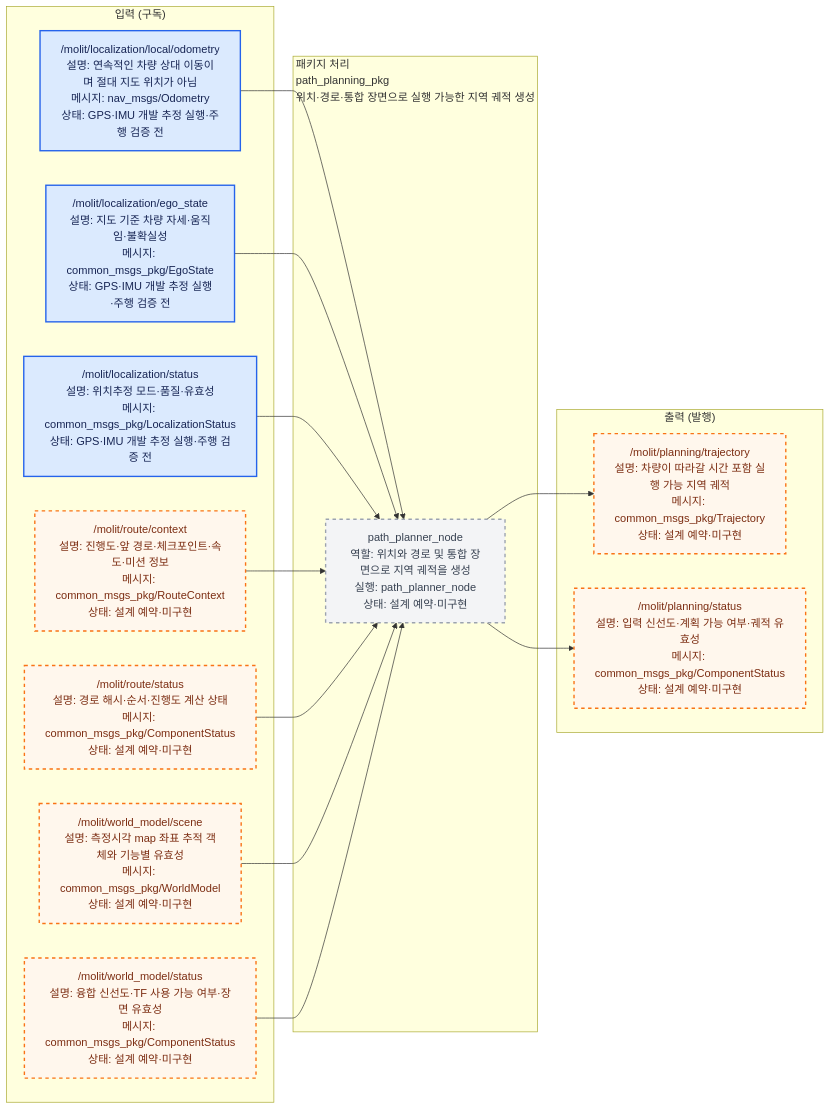
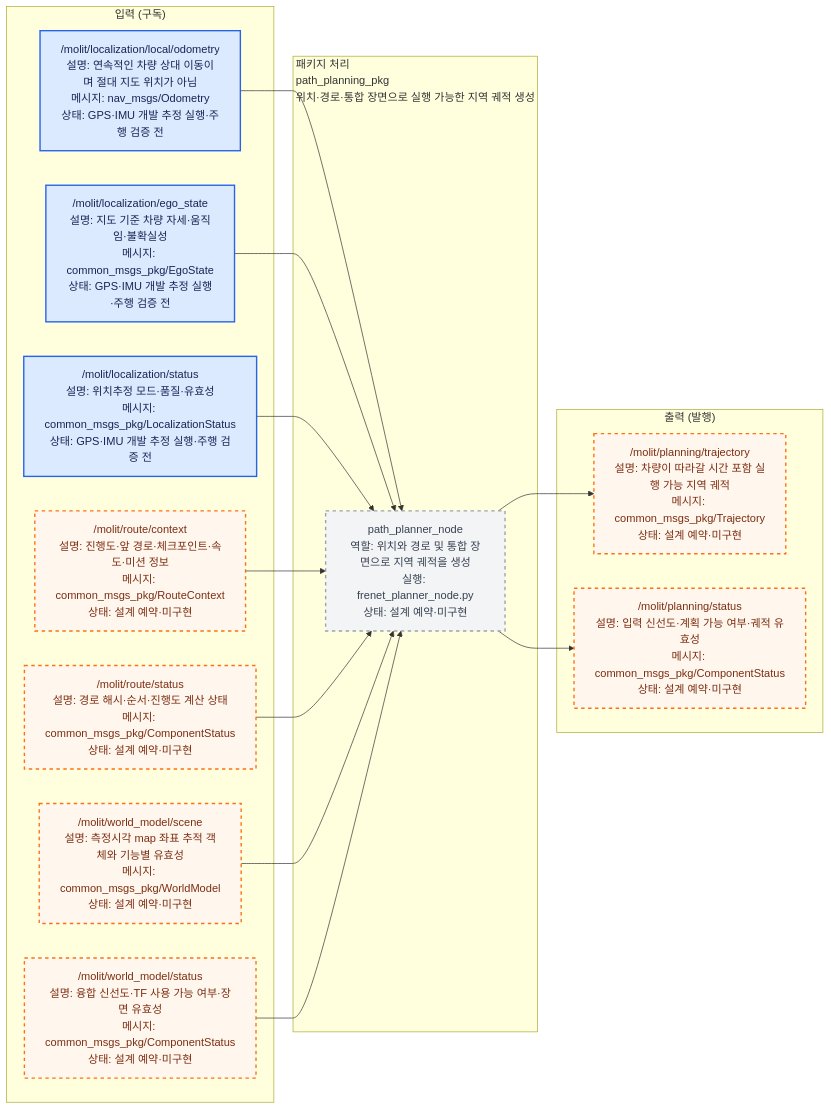
One commit to Team-Stier/Morai_Sim_team2 changed the diagram in src/path_planning_pkg/docs/interface_io.mmd. Above: the diagram before and after it, drawn with Mermaid. The commit also changed 81 other files, not shown here.

```diff
--- a/src/path_planning_pkg/docs/interface_io.mmd
+++ b/src/path_planning_pkg/docs/interface_io.mmd
@@ -1,47 +1,47 @@
 %% AUTO-GENERATED by ros_architecture_pkg/scripts/generate_interface_diagrams.py. DO NOT EDIT.
 %% Source of truth: ros_architecture_pkg/config/interface_contract.yaml
 flowchart LR
     classDef liveNode fill:#dcfce7,color:#14532d,stroke:#16a34a,stroke-width:2px;
     classDef reservedNode fill:#f3f4f6,color:#374151,stroke:#9ca3af,stroke-width:2px,stroke-dasharray: 5 5;
     classDef liveTopic fill:#dbeafe,color:#172554,stroke:#2563eb,stroke-width:2px;
     classDef reservedTopic fill:#fff7ed,color:#7c2d12,stroke:#f97316,stroke-width:2px,stroke-dasharray: 5 5;
     classDef emptyPort fill:#ffffff,color:#6b7280,stroke:#d1d5db,stroke-dasharray: 3 3;
     classDef externalEndpoint fill:#f3e8ff,color:#581c87,stroke:#9333ea,stroke-width:3px;
 
     subgraph INPUTS["입력 (구독)"]
         input_000["/molit/localization/local/odometry<br/>설명: 연속적인 차량 상대 이동이며 절대 지도 위치가 아님<br/>메시지: nav_msgs/Odometry<br/>상태: GPS·IMU 개발 추정 실행·주행 검증 전"]
         input_001["/molit/localization/ego_state<br/>설명: 지도 기준 차량 자세·움직임·불확실성<br/>메시지: common_msgs_pkg/EgoState<br/>상태: GPS·IMU 개발 추정 실행·주행 검증 전"]
         input_002["/molit/localization/status<br/>설명: 위치추정 모드·품질·유효성<br/>메시지: common_msgs_pkg/LocalizationStatus<br/>상태: GPS·IMU 개발 추정 실행·주행 검증 전"]
         input_003["/molit/route/context<br/>설명: 진행도·앞 경로·체크포인트·속도·미션 정보<br/>메시지: common_msgs_pkg/RouteContext<br/>상태: 설계 예약·미구현"]
         input_004["/molit/route/status<br/>설명: 경로 해시·순서·진행도 계산 상태<br/>메시지: common_msgs_pkg/ComponentStatus<br/>상태: 설계 예약·미구현"]
         input_005["/molit/world_model/scene<br/>설명: 측정시각 map 좌표 추적 객체와 기능별 유효성<br/>메시지: common_msgs_pkg/WorldModel<br/>상태: 설계 예약·미구현"]
         input_006["/molit/world_model/status<br/>설명: 융합 신선도·TF 사용 가능 여부·장면 유효성<br/>메시지: common_msgs_pkg/ComponentStatus<br/>상태: 설계 예약·미구현"]
     end
     subgraph PACKAGE["패키지 처리<br/>path_planning_pkg<br/>위치·경로·통합 장면으로 실행 가능한 지역 궤적 생성"]
-        local_node_000["path_planner_node<br/>역할: 위치와 경로 및 통합 장면으로 지역 궤적을 생성<br/>실행: path_planner_node<br/>상태: 설계 예약·미구현"]
+        local_node_000["path_planner_node<br/>역할: 위치와 경로 및 통합 장면으로 지역 궤적을 생성<br/>실행: frenet_planner_node.py<br/>상태: 설계 예약·미구현"]
     end
     subgraph OUTPUTS["출력 (발행)"]
         output_000["/molit/planning/trajectory<br/>설명: 차량이 따라갈 시간 포함 실행 가능 지역 궤적<br/>메시지: common_msgs_pkg/Trajectory<br/>상태: 설계 예약·미구현"]
         output_001["/molit/planning/status<br/>설명: 입력 신선도·계획 가능 여부·궤적 유효성<br/>메시지: common_msgs_pkg/ComponentStatus<br/>상태: 설계 예약·미구현"]
     end
 
     input_000 --> local_node_000
     input_001 --> local_node_000
     input_002 --> local_node_000
     input_003 --> local_node_000
     input_004 --> local_node_000
     input_005 --> local_node_000
     input_006 --> local_node_000
     local_node_000 --> output_000
     local_node_000 --> output_001
 
     class local_node_000 reservedNode;
     class input_000 liveTopic;
     class input_001 liveTopic;
     class input_002 liveTopic;
     class input_003 reservedTopic;
     class input_004 reservedTopic;
     class input_005 reservedTopic;
     class input_006 reservedTopic;
     class output_000 reservedTopic;
     class output_001 reservedTopic;
```
